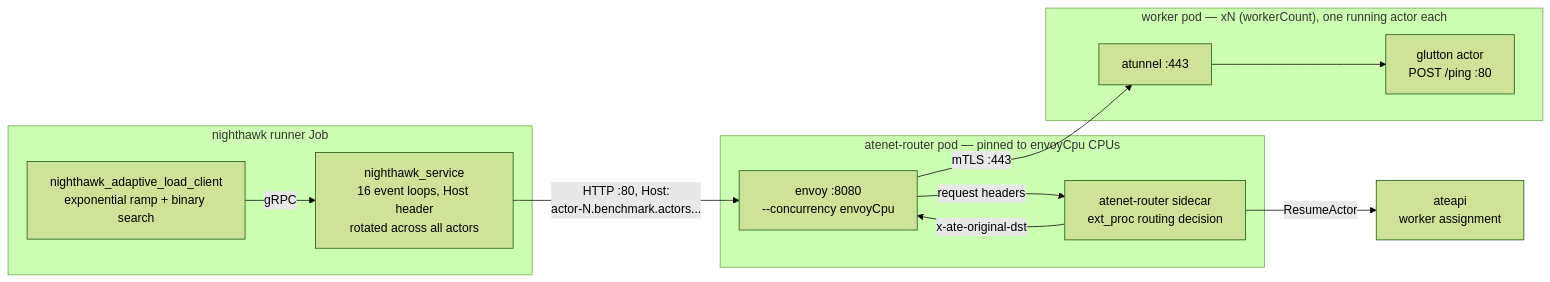
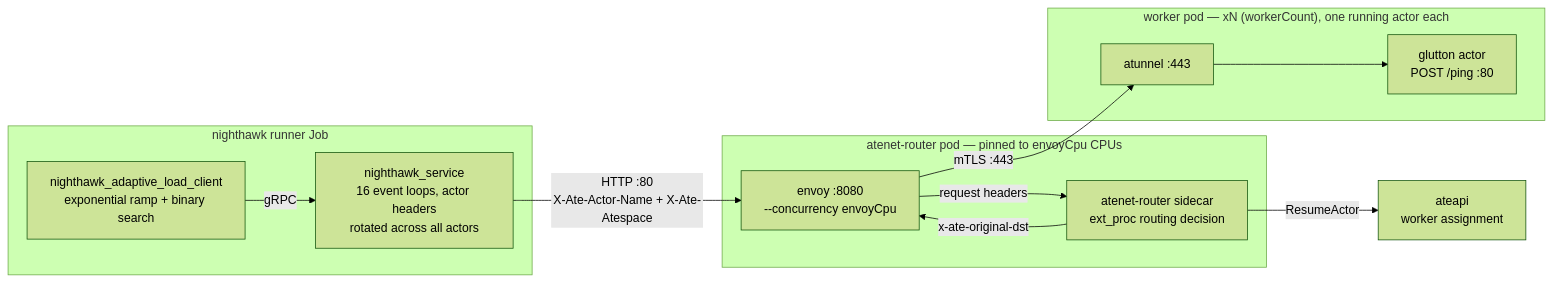
One commit to agent-substrate/substrate changed the first of 2 diagrams in benchmarking/nighthawk-ingress/README.md. Above: the diagram before and after it, drawn with Mermaid (forest theme). The commit also changed other lines of this file and 37 other files, not shown here.

Commit message:
Move from Host header to explicit headers for actor and atespace

````diff
--- a/benchmarking/nighthawk-ingress/README.md
+++ b/benchmarking/nighthawk-ingress/README.md
@@ -36,25 +36,25 @@
 ```mermaid
 flowchart LR
     subgraph job["nighthawk runner Job"]
         alc["nighthawk_adaptive_load_client<br/>exponential ramp + binary search"]
-        svc["nighthawk_service<br/>16 event loops, Host header<br/>rotated across all actors"]
+      svc["nighthawk_service<br/>16 event loops, actor headers<br/>rotated across all actors"]
         alc -->|gRPC| svc
     end
 
     subgraph pod["atenet-router pod — pinned to envoyCpu CPUs"]
         envoy["envoy :8080<br/>--concurrency envoyCpu"]
         extproc["atenet-router sidecar<br/>ext_proc routing decision"]
         envoy -->|request headers| extproc
         extproc -->|x-ate-original-dst| envoy
     end
 
     ateapi["ateapi<br/>worker assignment"]
 
     subgraph worker["worker pod — xN (workerCount), one running actor each"]
         atunnel["atunnel :443"] --> glutton["glutton actor<br/>POST /ping :80"]
     end
 
-    svc -->|"HTTP :80, Host:<br/>actor-N.benchmark.actors..."| envoy
+   svc -->|"HTTP :80<br/>X-Ate-Actor-Name + X-Ate-Atespace"| envoy
     extproc -->|ResumeActor| ateapi
     envoy -->|"mTLS :443"| atunnel
 ```
````
